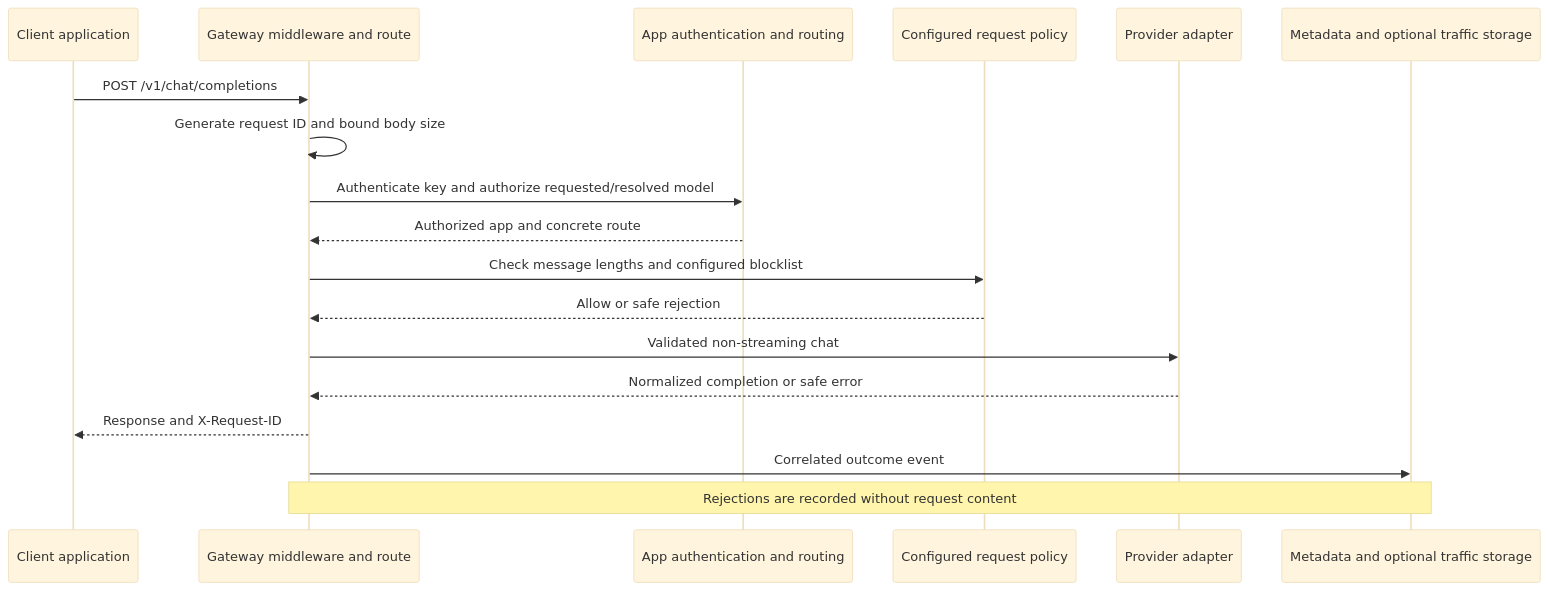
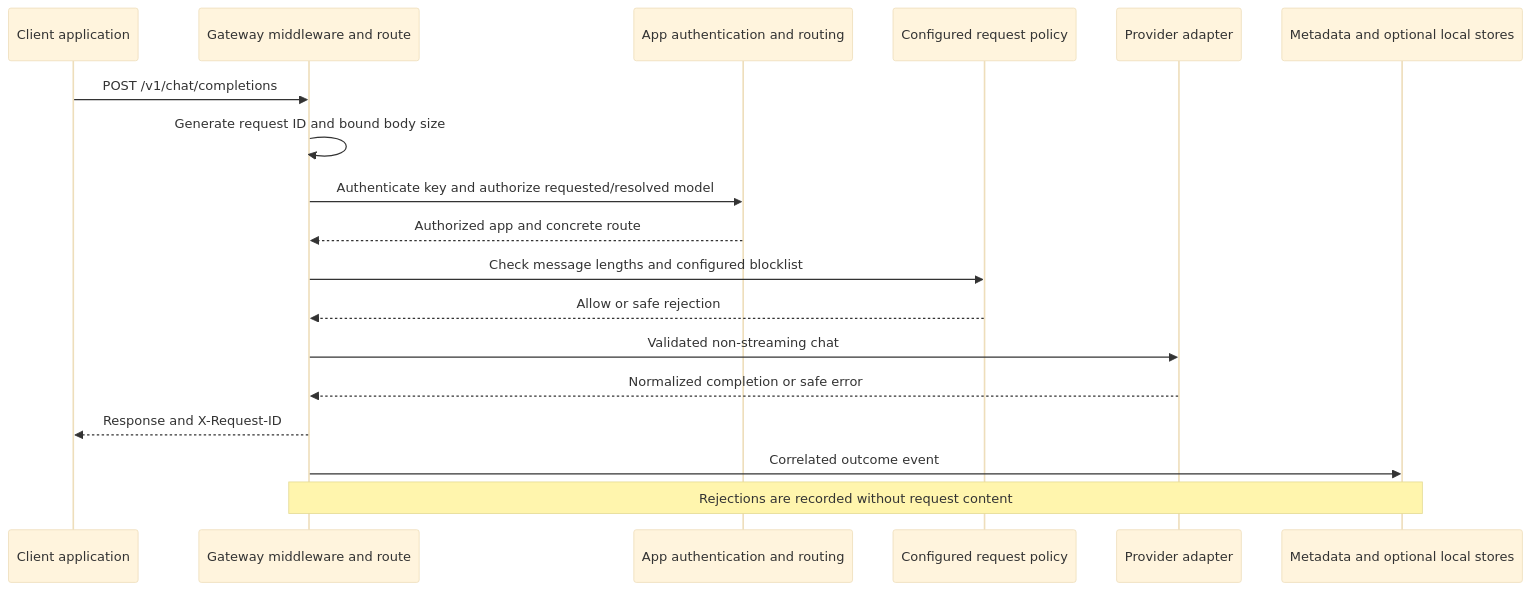
Before and after one commit to m87techlabs/m87-ai-gateway: the diagram in docs/architecture.md, drawn with Mermaid (base theme). The commit also changed other lines of this file and 40 other files, not shown here.

````diff
--- a/docs/architecture.md
+++ b/docs/architecture.md
@@ -5,20 +5,20 @@
 ```mermaid
 sequenceDiagram
     participant App as Client application
     participant API as Gateway middleware and route
     participant Auth as App authentication and routing
     participant Policy as Configured request policy
     participant Provider as Provider adapter
-    participant Logs as Metadata and optional traffic storage
+    participant Logs as Metadata and optional local stores
     App->>API: POST /v1/chat/completions
     API->>API: Generate request ID and bound body size
     API->>Auth: Authenticate key and authorize requested/resolved model
     Auth-->>API: Authorized app and concrete route
     API->>Policy: Check message lengths and configured blocklist
     Policy-->>API: Allow or safe rejection
     API->>Provider: Validated non-streaming chat
     Provider-->>API: Normalized completion or safe error
     API-->>App: Response and X-Request-ID
     API->>Logs: Correlated outcome event
     Note over API,Logs: Rejections are recorded without request content
 ```
````
